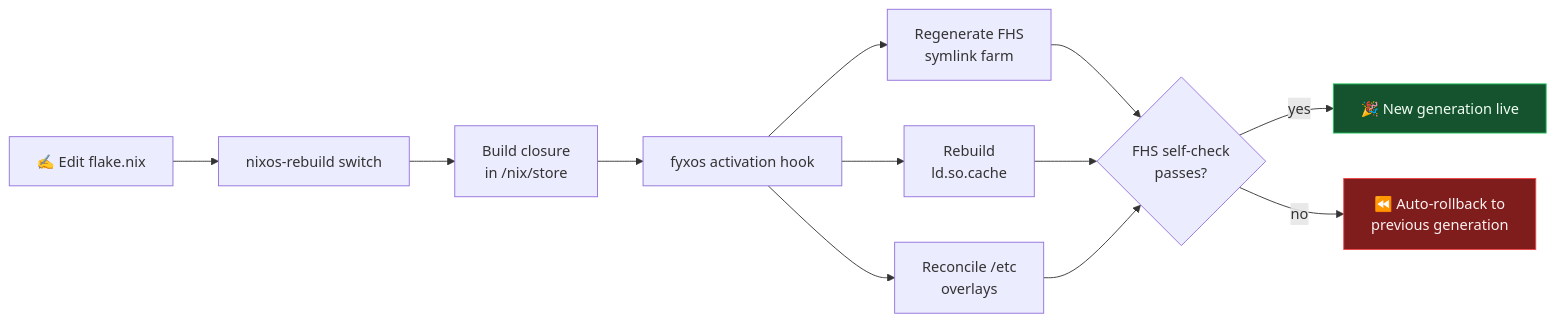
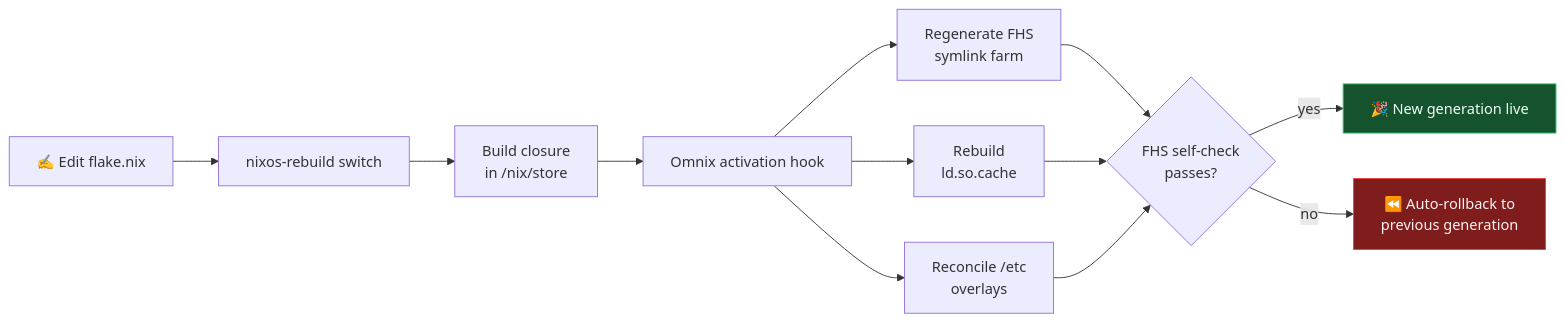
One commit to FyxOS/.github changed the third of 5 diagrams in profile/README.md. Above: the diagram before and after it, drawn with Mermaid. The commit also changed other lines of this file and 3 other files, not shown here.

Commit message:
Rebrand fyxos -> Omnix (org: omnix-os)

````diff
--- a/profile/README.md
+++ b/profile/README.md
@@ -129,15 +129,15 @@
 ```mermaid
 flowchart LR
     A["✍️ Edit flake.nix"] --> B["nixos-rebuild switch"]
     B --> C["Build closure<br/>in /nix/store"]
-    C --> D["fyxos activation hook"]
+    C --> D["Omnix activation hook"]
     D --> E["Regenerate FHS<br/>symlink farm"]
     D --> F["Rebuild<br/>ld.so.cache"]
     D --> G["Reconcile /etc<br/>overlays"]
     E & F & G --> H{"FHS self-check<br/>passes?"}
     H -- yes --> I["🎉 New generation live"]
     H -- no --> J["⏪ Auto-rollback to<br/>previous generation"]
 
     style I fill:#14532D,stroke:#22C55E,color:#F0FDF4
     style J fill:#7F1D1D,stroke:#EF4444,color:#FEF2F2
 ```
````
